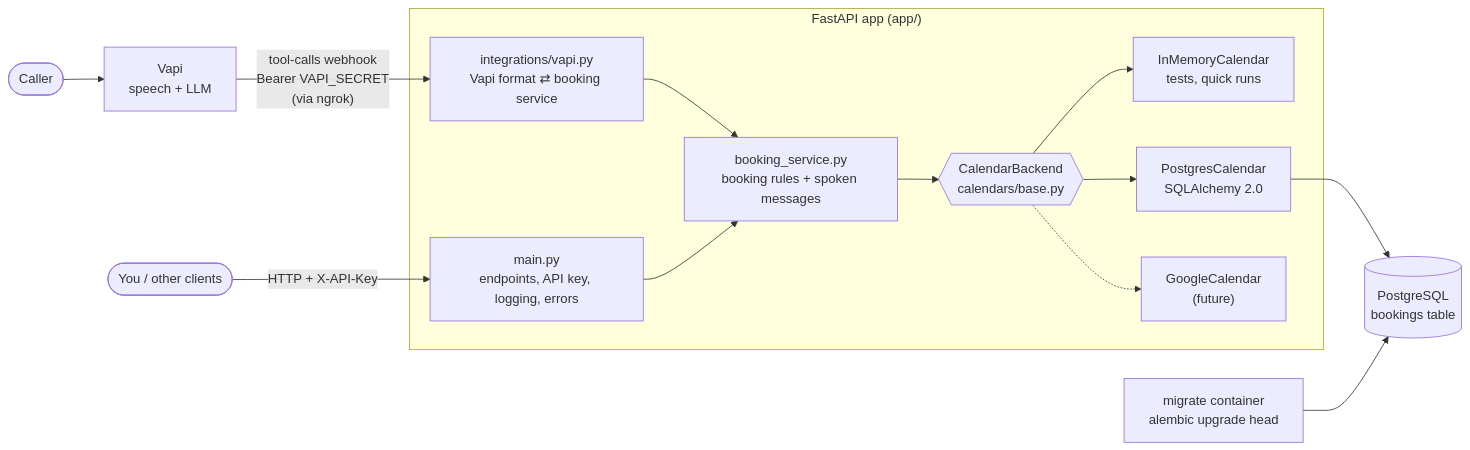
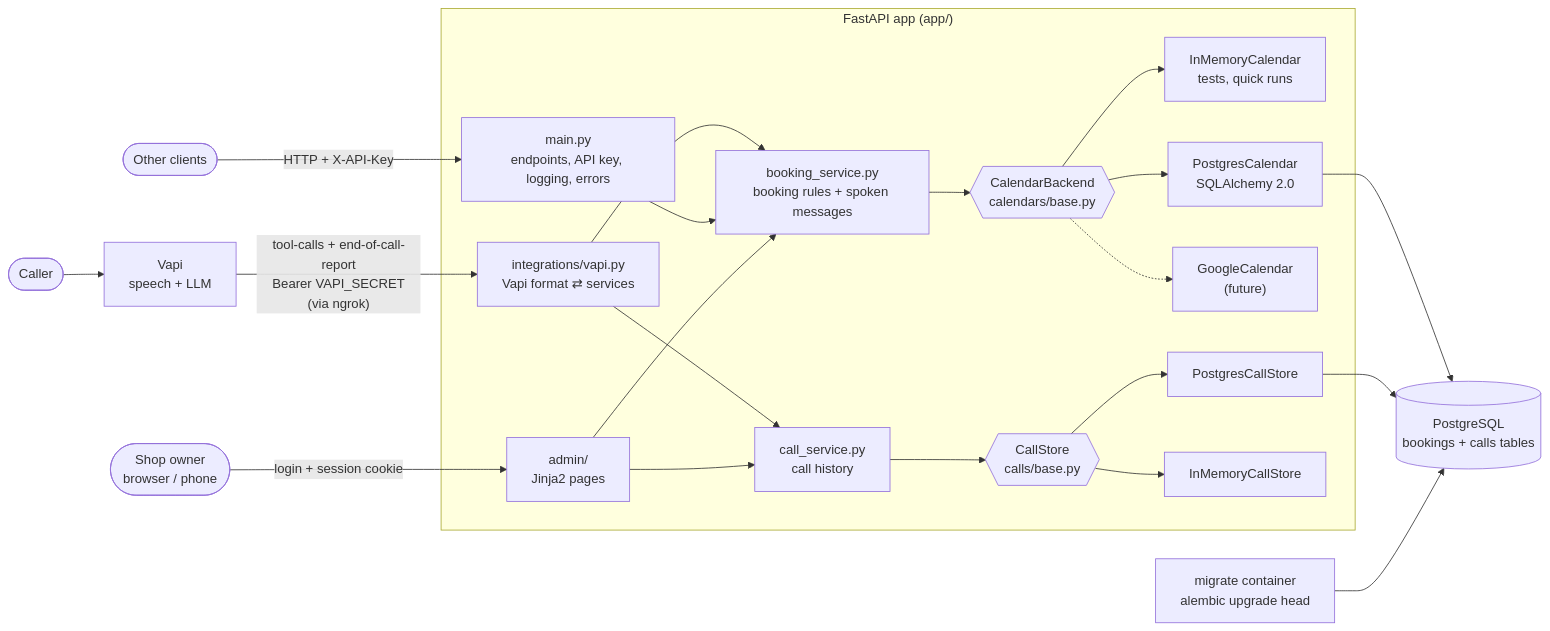
Before and after one commit to Marinst9/voice-booking: the diagram in README.md, drawn with Mermaid. The commit also changed other lines of this file and 3 other files, not shown here.

First line of the commit message:
Document call history and the admin dashboard in the README

````diff
--- a/README.md
+++ b/README.md
@@ -28,18 +32,26 @@
 ```mermaid
 flowchart LR
     caller([Caller]) --> vapicloud["Vapi<br/>speech + LLM"]
-    vapicloud -- "tool-calls webhook<br/>Bearer VAPI_SECRET<br/>(via ngrok)" --> adapter
-    owner([You / other clients]) -- "HTTP + X-API-Key" --> api
+    vapicloud -- "tool-calls + end-of-call-report<br/>Bearer VAPI_SECRET<br/>(via ngrok)" --> adapter
+    clients([Other clients]) -- "HTTP + X-API-Key" --> api
+    owner([Shop owner<br/>browser / phone]) -- "login + session cookie" --> admin
 
     subgraph app ["FastAPI app (app/)"]
-        adapter["integrations/vapi.py<br/>Vapi format ⇄ booking service"] --> svc
+        adapter["integrations/vapi.py<br/>Vapi format ⇄ services"] --> svc
+        adapter --> calls
         api["main.py<br/>endpoints, API key, logging, errors"] --> svc["booking_service.py<br/>booking rules + spoken messages"]
+        admin["admin/<br/>Jinja2 pages"] --> svc
+        admin --> calls["call_service.py<br/>call history"]
         svc --> contract{{"CalendarBackend<br/>calendars/base.py"}}
+        calls --> callstore{{"CallStore<br/>calls/base.py"}}
         contract --> mem["InMemoryCalendar<br/>tests, quick runs"]
         contract --> pg["PostgresCalendar<br/>SQLAlchemy 2.0"]
         contract -.-> gcal["GoogleCalendar<br/>(future)"]
+        callstore --> pgcalls["PostgresCallStore"]
+        callstore --> memcalls["InMemoryCallStore"]
     end
 
-    pg --> db[("PostgreSQL<br/>bookings table")]
+    pg --> db[("PostgreSQL<br/>bookings + calls tables")]
+    pgcalls --> db
     migrate["migrate container<br/>alembic upgrade head"] --> db
 ```
````
